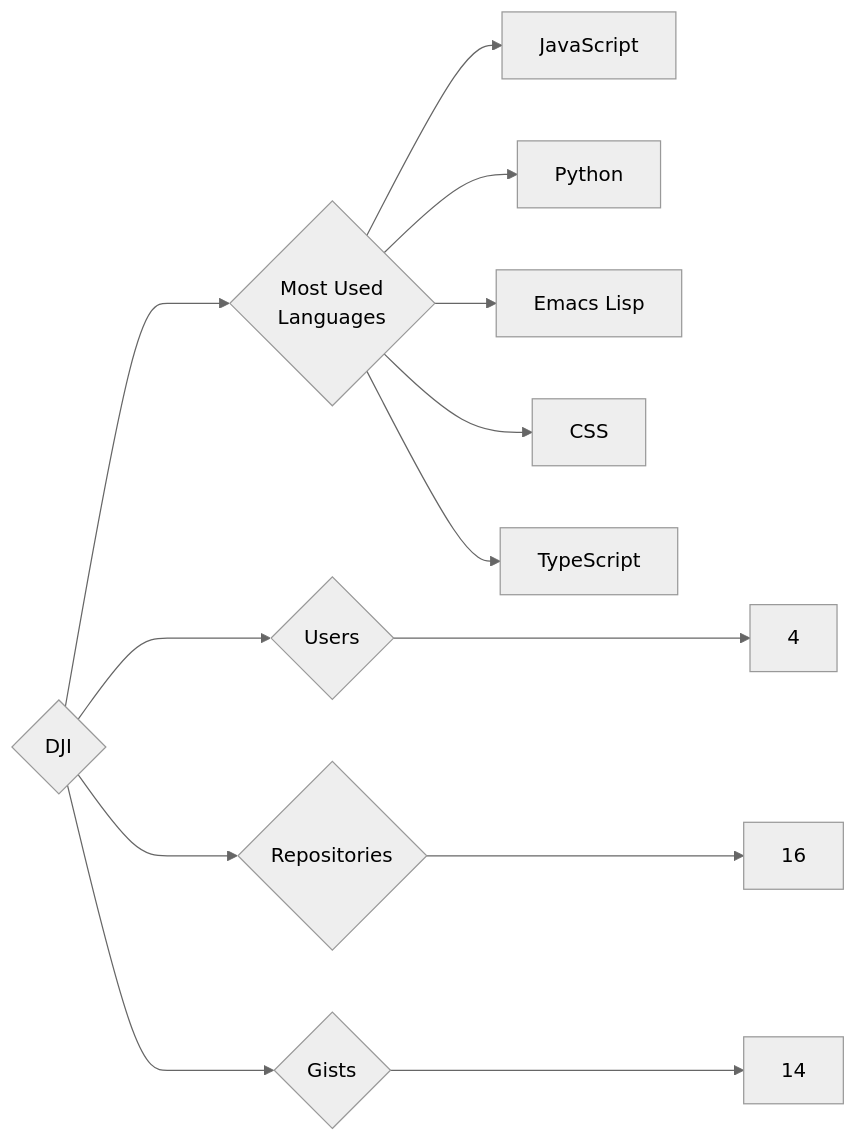
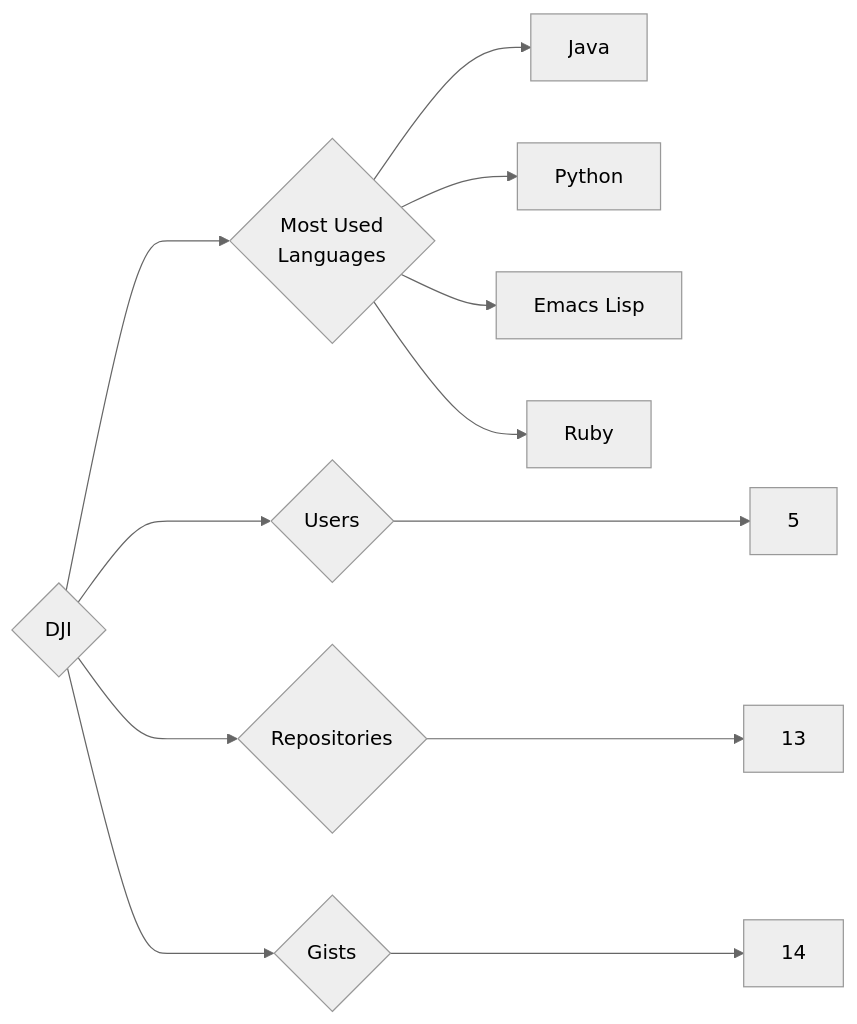
One commit to trickest/insiders changed the diagram in targets/DJI/README.md. Above: the diagram before and after it, drawn with Mermaid (neutral theme). The commit also changed 942 other files, not shown here.

````diff
--- a/targets/DJI/README.md
+++ b/targets/DJI/README.md
@@ -3,13 +3,12 @@
 ```mermaid
 graph LR
 COMPANY_NAME{DJI}
-COMPANY_NAME ---> U{Users} ---> UN[4]
-COMPANY_NAME ---> R{Repositories} ---> RN[16]
+COMPANY_NAME ---> U{Users} ---> UN[5]
+COMPANY_NAME ---> R{Repositories} ---> RN[13]
 COMPANY_NAME ---> G{Gists} ---> GN[14]
 COMPANY_NAME ---> ML{Most Used<br>Languages}
-ML --> JavaScript[JavaScript]
+ML --> Java[Java]
 ML --> Python[Python]
 ML --> Emacs_Lisp[Emacs Lisp]
-ML --> CSS[CSS]
-ML --> TypeScript[TypeScript]
+ML --> Ruby[Ruby]
 ```
````
